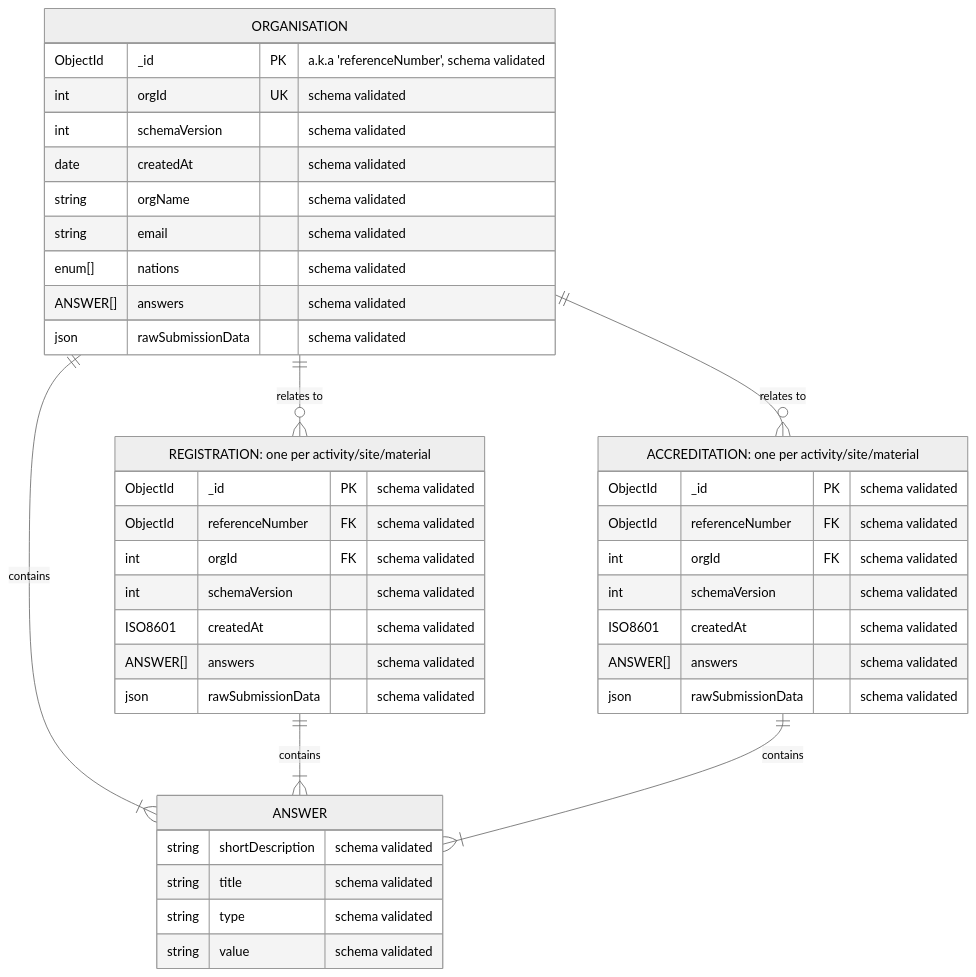
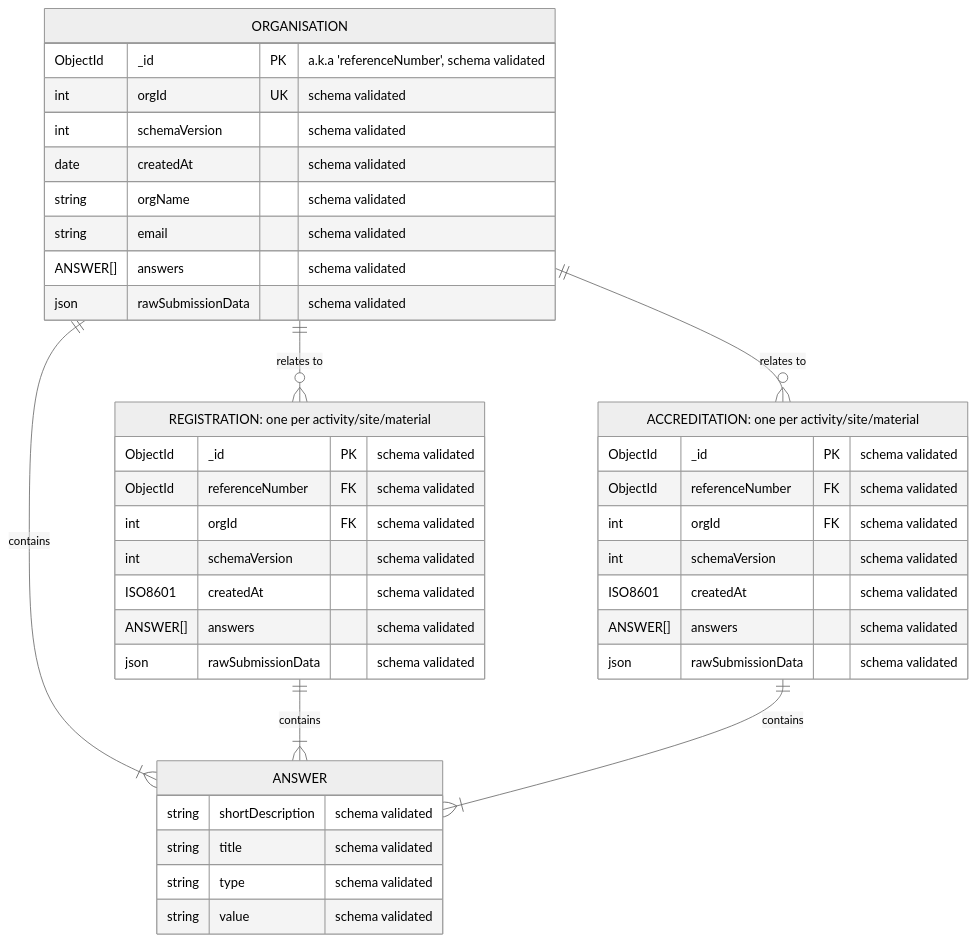
The tenth of 10 diagrams in docs/architecture/defined/2025-reg-acc-lld.md (DEFRA/epr-backend), drawn with Mermaid (neutral theme) before and after one commit. The commit also changed other lines of this file and 2 other files, not shown here.

````diff
--- a/docs/architecture/defined/2025-reg-acc-lld.md
+++ b/docs/architecture/defined/2025-reg-acc-lld.md
@@ -285,56 +285,55 @@
 ```mermaid
 erDiagram
 
 %% Entities
 ORGANISATION
 REGISTRATION["REGISTRATION: one per activity/site/material"]
 ACCREDITATION["ACCREDITATION: one per activity/site/material"]
 ANSWER
 
 %% Structure
 ORGANISATION {
   ObjectId _id PK "a.k.a 'referenceNumber', schema validated"
   int orgId UK "schema validated"
   int schemaVersion "schema validated"
   date createdAt "schema validated"
   string orgName "schema validated"
   string email "schema validated"
-  enum[] nations "schema validated"
   ANSWER[] answers "schema validated"
   json rawSubmissionData "schema validated"
 }
 
 REGISTRATION {
   ObjectId _id PK "schema validated"
   ObjectId referenceNumber FK "schema validated"
   int orgId FK "schema validated"
   int schemaVersion "schema validated"
   ISO8601 createdAt "schema validated"
   ANSWER[] answers "schema validated"
   json rawSubmissionData "schema validated"
 }
 
 ACCREDITATION {
   ObjectId _id PK "schema validated"
   ObjectId referenceNumber FK "schema validated"
   int orgId FK "schema validated"
   int schemaVersion "schema validated"
   ISO8601 createdAt "schema validated"
   ANSWER[] answers "schema validated"
   json rawSubmissionData "schema validated"
 }
 
 ANSWER {
   string shortDescription "schema validated"
   string title "schema validated"
   string type "schema validated"
   string value "schema validated"
 }
 
 %% Relationships
 ORGANISATION ||--|{ ANSWER : contains
 REGISTRATION ||--|{ ANSWER : contains
 ACCREDITATION ||--|{ ANSWER : contains
 ORGANISATION ||--o{ REGISTRATION : "relates to"
 ORGANISATION ||--o{ ACCREDITATION : "relates to"
 ```
````
